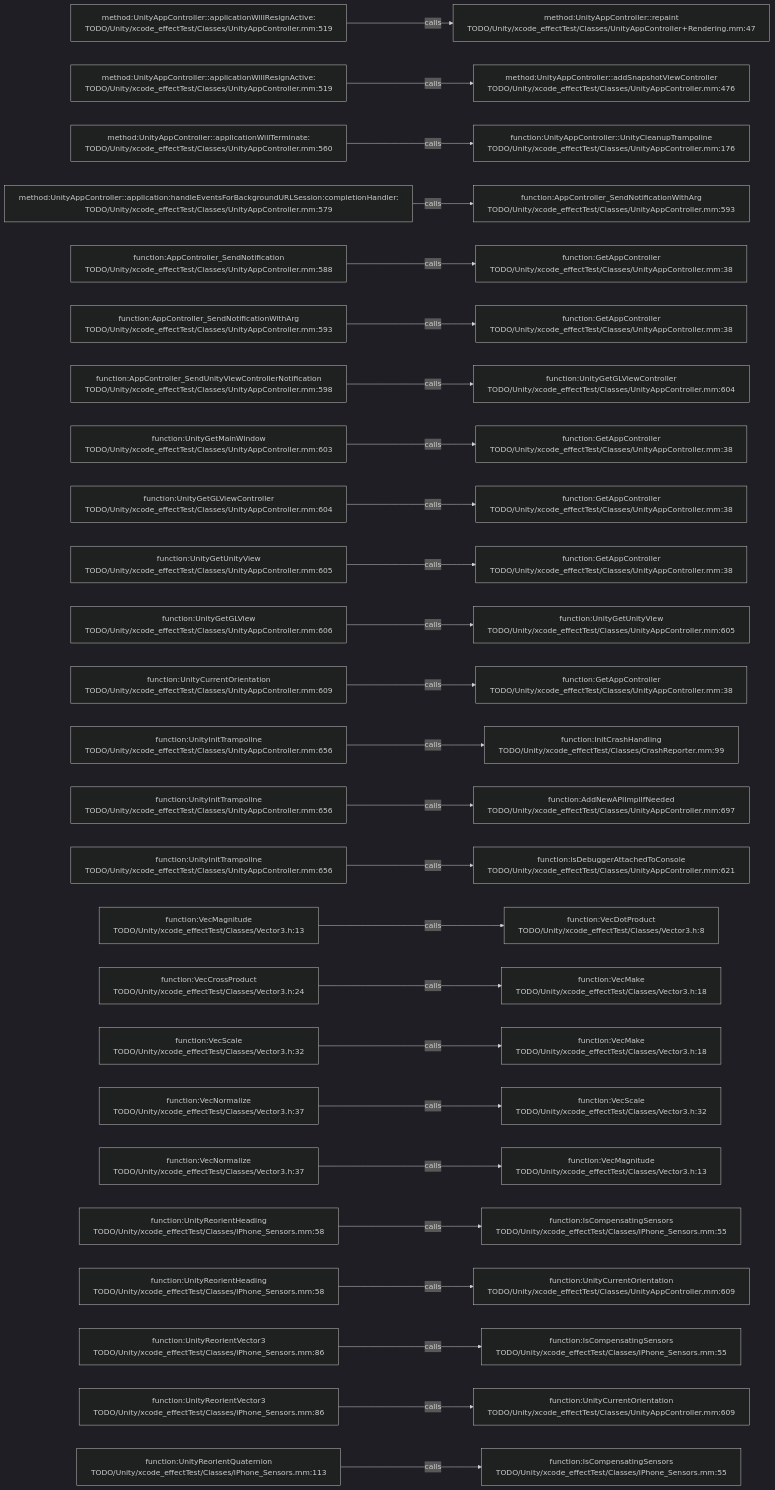
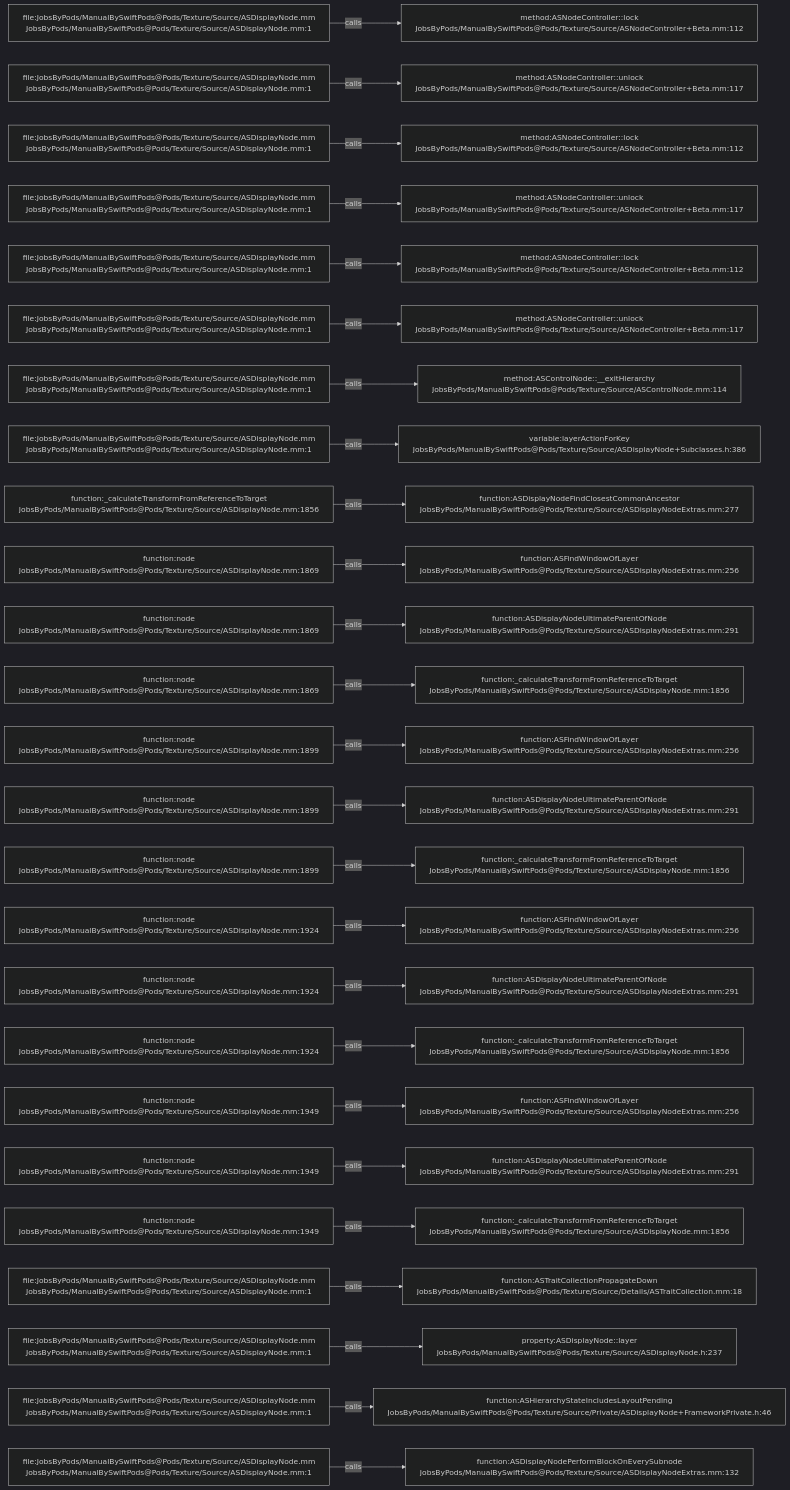
The diagram in .codegraph/codegraph.md/graphs/calls-050.md (JobsKits/JobsSwiftBaseConfigDemo), drawn with Mermaid (dark theme) before and after one commit. The commit also changed 2959 other files, not shown here.

````diff
--- a/.codegraph/codegraph.md/graphs/calls-050.md
+++ b/.codegraph/codegraph.md/graphs/calls-050.md
@@ -13,78 +13,78 @@
 ```mermaid
 flowchart LR
-  S1["method:UnityAppController::applicationWillResignActive:<br/>TODO/Unity/xcode_effectTest/Classes/UnityAppController.mm:519"]
-  T1["method:UnityAppController::repaint<br/>TODO/Unity/xcode_effectTest/Classes/UnityAppController+Rendering.mm:47"]
+  S1["file:JobsByPods/ManualBySwiftPods@Pods/Texture/Source/ASDisplayNode.mm<br/>JobsByPods/ManualBySwiftPods@Pods/Texture/Source/ASDisplayNode.mm:1"]
+  T1["method:ASNodeController::lock<br/>JobsByPods/ManualBySwiftPods@Pods/Texture/Source/ASNodeController+Beta.mm:112"]
   S1 -->|calls| T1
-  S2["method:UnityAppController::applicationWillResignActive:<br/>TODO/Unity/xcode_effectTest/Classes/UnityAppController.mm:519"]
-  T2["method:UnityAppController::addSnapshotViewController<br/>TODO/Unity/xcode_effectTest/Classes/UnityAppController.mm:476"]
+  S2["file:JobsByPods/ManualBySwiftPods@Pods/Texture/Source/ASDisplayNode.mm<br/>JobsByPods/ManualBySwiftPods@Pods/Texture/Source/ASDisplayNode.mm:1"]
+  T2["method:ASNodeController::unlock<br/>JobsByPods/ManualBySwiftPods@Pods/Texture/Source/ASNodeController+Beta.mm:117"]
   S2 -->|calls| T2
-  S3["method:UnityAppController::applicationWillTerminate:<br/>TODO/Unity/xcode_effectTest/Classes/UnityAppController.mm:560"]
-  T3["function:UnityAppController::UnityCleanupTrampoline<br/>TODO/Unity/xcode_effectTest/Classes/UnityAppController.mm:176"]
+  S3["file:JobsByPods/ManualBySwiftPods@Pods/Texture/Source/ASDisplayNode.mm<br/>JobsByPods/ManualBySwiftPods@Pods/Texture/Source/ASDisplayNode.mm:1"]
+  T3["method:ASNodeController::lock<br/>JobsByPods/ManualBySwiftPods@Pods/Texture/Source/ASNodeController+Beta.mm:112"]
   S3 -->|calls| T3
-  S4["method:UnityAppController::application:handleEventsForBackgroundURLSession:completionHandler:<br/>TODO/Unity/xcode_effectTest/Classes/UnityAppController.mm:579"]
-  T4["function:AppController_SendNotificationWithArg<br/>TODO/Unity/xcode_effectTest/Classes/UnityAppController.mm:593"]
+  S4["file:JobsByPods/ManualBySwiftPods@Pods/Texture/Source/ASDisplayNode.mm<br/>JobsByPods/ManualBySwiftPods@Pods/Texture/Source/ASDisplayNode.mm:1"]
+  T4["method:ASNodeController::unlock<br/>JobsByPods/ManualBySwiftPods@Pods/Texture/Source/ASNodeController+Beta.mm:117"]
   S4 -->|calls| T4
-  S5["function:AppController_SendNotification<br/>TODO/Unity/xcode_effectTest/Classes/UnityAppController.mm:588"]
-  T5["function:GetAppController<br/>TODO/Unity/xcode_effectTest/Classes/UnityAppController.mm:38"]
+  S5["file:JobsByPods/ManualBySwiftPods@Pods/Texture/Source/ASDisplayNode.mm<br/>JobsByPods/ManualBySwiftPods@Pods/Texture/Source/ASDisplayNode.mm:1"]
+  T5["method:ASNodeController::lock<br/>JobsByPods/ManualBySwiftPods@Pods/Texture/Source/ASNodeController+Beta.mm:112"]
   S5 -->|calls| T5
-  S6["function:AppController_SendNotificationWithArg<br/>TODO/Unity/xcode_effectTest/Classes/UnityAppController.mm:593"]
-  T6["function:GetAppController<br/>TODO/Unity/xcode_effectTest/Classes/UnityAppController.mm:38"]
+  S6["file:JobsByPods/ManualBySwiftPods@Pods/Texture/Source/ASDisplayNode.mm<br/>JobsByPods/ManualBySwiftPods@Pods/Texture/Source/ASDisplayNode.mm:1"]
+  T6["method:ASNodeController::unlock<br/>JobsByPods/ManualBySwiftPods@Pods/Texture/Source/ASNodeController+Beta.mm:117"]
   S6 -->|calls| T6
-  S7["function:AppController_SendUnityViewControllerNotification<br/>TODO/Unity/xcode_effectTest/Classes/UnityAppController.mm:598"]
-  T7["function:UnityGetGLViewController<br/>TODO/Unity/xcode_effectTest/Classes/UnityAppController.mm:604"]
+  S7["file:JobsByPods/ManualBySwiftPods@Pods/Texture/Source/ASDisplayNode.mm<br/>JobsByPods/ManualBySwiftPods@Pods/Texture/Source/ASDisplayNode.mm:1"]
+  T7["method:ASControlNode::__exitHierarchy<br/>JobsByPods/ManualBySwiftPods@Pods/Texture/Source/ASControlNode.mm:114"]
   S7 -->|calls| T7
-  S8["function:UnityGetMainWindow<br/>TODO/Unity/xcode_effectTest/Classes/UnityAppController.mm:603"]
-  T8["function:GetAppController<br/>TODO/Unity/xcode_effectTest/Classes/UnityAppController.mm:38"]
+  S8["file:JobsByPods/ManualBySwiftPods@Pods/Texture/Source/ASDisplayNode.mm<br/>JobsByPods/ManualBySwiftPods@Pods/Texture/Source/ASDisplayNode.mm:1"]
+  T8["variable:layerActionForKey<br/>JobsByPods/ManualBySwiftPods@Pods/Texture/Source/ASDisplayNode+Subclasses.h:386"]
   S8 -->|calls| T8
-  S9["function:UnityGetGLViewController<br/>TODO/Unity/xcode_effectTest/Classes/UnityAppController.mm:604"]
-  T9["function:GetAppController<br/>TODO/Unity/xcode_effectTest/Classes/UnityAppController.mm:38"]
+  S9["function:_calculateTransformFromReferenceToTarget<br/>JobsByPods/ManualBySwiftPods@Pods/Texture/Source/ASDisplayNode.mm:1856"]
+  T9["function:ASDisplayNodeFindClosestCommonAncestor<br/>JobsByPods/ManualBySwiftPods@Pods/Texture/Source/ASDisplayNodeExtras.mm:277"]
   S9 -->|calls| T9
-  S10["function:UnityGetUnityView<br/>TODO/Unity/xcode_effectTest/Classes/UnityAppController.mm:605"]
-  T10["function:GetAppController<br/>TODO/Unity/xcode_effectTest/Classes/UnityAppController.mm:38"]
+  S10["function:node<br/>JobsByPods/ManualBySwiftPods@Pods/Texture/Source/ASDisplayNode.mm:1869"]
+  T10["function:ASFindWindowOfLayer<br/>JobsByPods/ManualBySwiftPods@Pods/Texture/Source/ASDisplayNodeExtras.mm:256"]
   S10 -->|calls| T10
-  S11["function:UnityGetGLView<br/>TODO/Unity/xcode_effectTest/Classes/UnityAppController.mm:606"]
-  T11["function:UnityGetUnityView<br/>TODO/Unity/xcode_effectTest/Classes/UnityAppController.mm:605"]
+  S11["function:node<br/>JobsByPods/ManualBySwiftPods@Pods/Texture/Source/ASDisplayNode.mm:1869"]
+  T11["function:ASDisplayNodeUltimateParentOfNode<br/>JobsByPods/ManualBySwiftPods@Pods/Texture/Source/ASDisplayNodeExtras.mm:291"]
   S11 -->|calls| T11
-  S12["function:UnityCurrentOrientation<br/>TODO/Unity/xcode_effectTest/Classes/UnityAppController.mm:609"]
-  T12["function:GetAppController<br/>TODO/Unity/xcode_effectTest/Classes/UnityAppController.mm:38"]
+  S12["function:node<br/>JobsByPods/ManualBySwiftPods@Pods/Texture/Source/ASDisplayNode.mm:1869"]
+  T12["function:_calculateTransformFromReferenceToTarget<br/>JobsByPods/ManualBySwiftPods@Pods/Texture/Source/ASDisplayNode.mm:1856"]
   S12 -->|calls| T12
-  S13["function:UnityInitTrampoline<br/>TODO/Unity/xcode_effectTest/Classes/UnityAppController.mm:656"]
-  T13["function:InitCrashHandling<br/>TODO/Unity/xcode_effectTest/Classes/CrashReporter.mm:99"]
+  S13["function:node<br/>JobsByPods/ManualBySwiftPods@Pods/Texture/Source/ASDisplayNode.mm:1899"]
+  T13["function:ASFindWindowOfLayer<br/>JobsByPods/ManualBySwiftPods@Pods/Texture/Source/ASDisplayNodeExtras.mm:256"]
   S13 -->|calls| T13
-  S14["function:UnityInitTrampoline<br/>TODO/Unity/xcode_effectTest/Classes/UnityAppController.mm:656"]
-  T14["function:AddNewAPIImplIfNeeded<br/>TODO/Unity/xcode_effectTest/Classes/UnityAppController.mm:697"]
+  S14["function:node<br/>JobsByPods/ManualBySwiftPods@Pods/Texture/Source/ASDisplayNode.mm:1899"]
+  T14["function:ASDisplayNodeUltimateParentOfNode<br/>JobsByPods/ManualBySwiftPods@Pods/Texture/Source/ASDisplayNodeExtras.mm:291"]
   S14 -->|calls| T14
-  S15["function:UnityInitTrampoline<br/>TODO/Unity/xcode_effectTest/Classes/UnityAppController.mm:656"]
-  T15["function:isDebuggerAttachedToConsole<br/>TODO/Unity/xcode_effectTest/Classes/UnityAppController.mm:621"]
+  S15["function:node<br/>JobsByPods/ManualBySwiftPods@Pods/Texture/Source/ASDisplayNode.mm:1899"]
+  T15["function:_calculateTransformFromReferenceToTarget<br/>JobsByPods/ManualBySwiftPods@Pods/Texture/Source/ASDisplayNode.mm:1856"]
   S15 -->|calls| T15
-  S16["function:VecMagnitude<br/>TODO/Unity/xcode_effectTest/Classes/Vector3.h:13"]
-  T16["function:VecDotProduct<br/>TODO/Unity/xcode_effectTest/Classes/Vector3.h:8"]
+  S16["function:node<br/>JobsByPods/ManualBySwiftPods@Pods/Texture/Source/ASDisplayNode.mm:1924"]
+  T16["function:ASFindWindowOfLayer<br/>JobsByPods/ManualBySwiftPods@Pods/Texture/Source/ASDisplayNodeExtras.mm:256"]
   S16 -->|calls| T16
-  S17["function:VecCrossProduct<br/>TODO/Unity/xcode_effectTest/Classes/Vector3.h:24"]
-  T17["function:VecMake<br/>TODO/Unity/xcode_effectTest/Classes/Vector3.h:18"]
+  S17["function:node<br/>JobsByPods/ManualBySwiftPods@Pods/Texture/Source/ASDisplayNode.mm:1924"]
+  T17["function:ASDisplayNodeUltimateParentOfNode<br/>JobsByPods/ManualBySwiftPods@Pods/Texture/Source/ASDisplayNodeExtras.mm:291"]
   S17 -->|calls| T17
-  S18["function:VecScale<br/>TODO/Unity/xcode_effectTest/Classes/Vector3.h:32"]
-  T18["function:VecMake<br/>TODO/Unity/xcode_effectTest/Classes/Vector3.h:18"]
+  S18["function:node<br/>JobsByPods/ManualBySwiftPods@Pods/Texture/Source/ASDisplayNode.mm:1924"]
+  T18["function:_calculateTransformFromReferenceToTarget<br/>JobsByPods/ManualBySwiftPods@Pods/Texture/Source/ASDisplayNode.mm:1856"]
   S18 -->|calls| T18
-  S19["function:VecNormalize<br/>TODO/Unity/xcode_effectTest/Classes/Vector3.h:37"]
-  T19["function:VecScale<br/>TODO/Unity/xcode_effectTest/Classes/Vector3.h:32"]
+  S19["function:node<br/>JobsByPods/ManualBySwiftPods@Pods/Texture/Source/ASDisplayNode.mm:1949"]
+  T19["function:ASFindWindowOfLayer<br/>JobsByPods/ManualBySwiftPods@Pods/Texture/Source/ASDisplayNodeExtras.mm:256"]
   S19 -->|calls| T19
-  S20["function:VecNormalize<br/>TODO/Unity/xcode_effectTest/Classes/Vector3.h:37"]
-  T20["function:VecMagnitude<br/>TODO/Unity/xcode_effectTest/Classes/Vector3.h:13"]
+  S20["function:node<br/>JobsByPods/ManualBySwiftPods@Pods/Texture/Source/ASDisplayNode.mm:1949"]
+  T20["function:ASDisplayNodeUltimateParentOfNode<br/>JobsByPods/ManualBySwiftPods@Pods/Texture/Source/ASDisplayNodeExtras.mm:291"]
   S20 -->|calls| T20
-  S21["function:UnityReorientHeading<br/>TODO/Unity/xcode_effectTest/Classes/iPhone_Sensors.mm:58"]
-  T21["function:IsCompensatingSensors<br/>TODO/Unity/xcode_effectTest/Classes/iPhone_Sensors.mm:55"]
+  S21["function:node<br/>JobsByPods/ManualBySwiftPods@Pods/Texture/Source/ASDisplayNode.mm:1949"]
+  T21["function:_calculateTransformFromReferenceToTarget<br/>JobsByPods/ManualBySwiftPods@Pods/Texture/Source/ASDisplayNode.mm:1856"]
   S21 -->|calls| T21
-  S22["function:UnityReorientHeading<br/>TODO/Unity/xcode_effectTest/Classes/iPhone_Sensors.mm:58"]
-  T22["function:UnityCurrentOrientation<br/>TODO/Unity/xcode_effectTest/Classes/UnityAppController.mm:609"]
+  S22["file:JobsByPods/ManualBySwiftPods@Pods/Texture/Source/ASDisplayNode.mm<br/>JobsByPods/ManualBySwiftPods@Pods/Texture/Source/ASDisplayNode.mm:1"]
+  T22["function:ASTraitCollectionPropagateDown<br/>JobsByPods/ManualBySwiftPods@Pods/Texture/Source/Details/ASTraitCollection.mm:18"]
   S22 -->|calls| T22
-  S23["function:UnityReorientVector3<br/>TODO/Unity/xcode_effectTest/Classes/iPhone_Sensors.mm:86"]
-  T23["function:IsCompensatingSensors<br/>TODO/Unity/xcode_effectTest/Classes/iPhone_Sensors.mm:55"]
+  S23["file:JobsByPods/ManualBySwiftPods@Pods/Texture/Source/ASDisplayNode.mm<br/>JobsByPods/ManualBySwiftPods@Pods/Texture/Source/ASDisplayNode.mm:1"]
+  T23["property:ASDisplayNode::layer<br/>JobsByPods/ManualBySwiftPods@Pods/Texture/Source/ASDisplayNode.h:237"]
   S23 -->|calls| T23
-  S24["function:UnityReorientVector3<br/>TODO/Unity/xcode_effectTest/Classes/iPhone_Sensors.mm:86"]
-  T24["function:UnityCurrentOrientation<br/>TODO/Unity/xcode_effectTest/Classes/UnityAppController.mm:609"]
+  S24["file:JobsByPods/ManualBySwiftPods@Pods/Texture/Source/ASDisplayNode.mm<br/>JobsByPods/ManualBySwiftPods@Pods/Texture/Source/ASDisplayNode.mm:1"]
+  T24["function:ASHierarchyStateIncludesLayoutPending<br/>JobsByPods/ManualBySwiftPods@Pods/Texture/Source/Private/ASDisplayNode+FrameworkPrivate.h:46"]
   S24 -->|calls| T24
-  S25["function:UnityReorientQuaternion<br/>TODO/Unity/xcode_effectTest/Classes/iPhone_Sensors.mm:113"]
-  T25["function:IsCompensatingSensors<br/>TODO/Unity/xcode_effectTest/Classes/iPhone_Sensors.mm:55"]
+  S25["file:JobsByPods/ManualBySwiftPods@Pods/Texture/Source/ASDisplayNode.mm<br/>JobsByPods/ManualBySwiftPods@Pods/Texture/Source/ASDisplayNode.mm:1"]
+  T25["function:ASDisplayNodePerformBlockOnEverySubnode<br/>JobsByPods/ManualBySwiftPods@Pods/Texture/Source/ASDisplayNodeExtras.mm:132"]
   S25 -->|calls| T25
 ```
````
